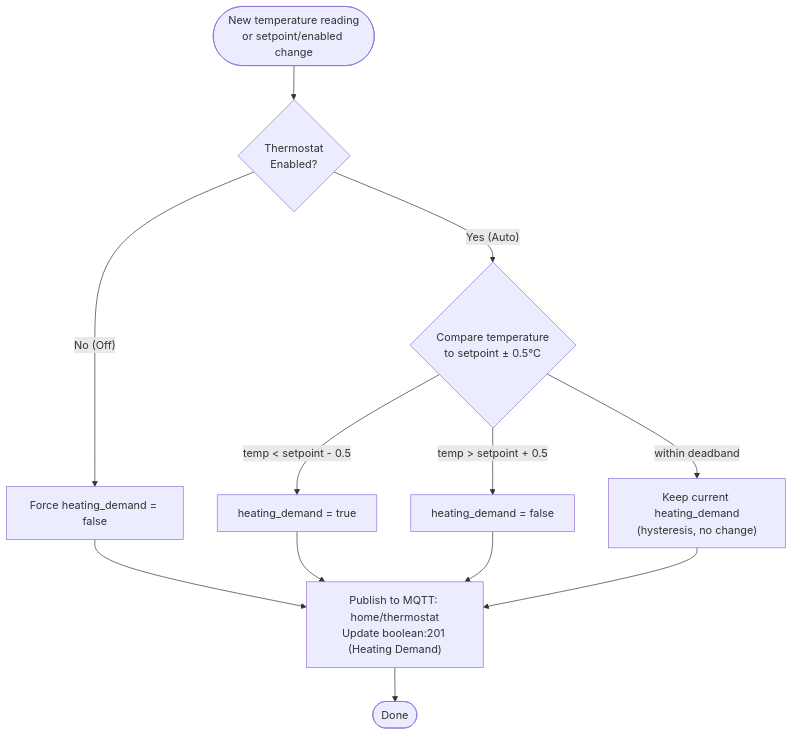
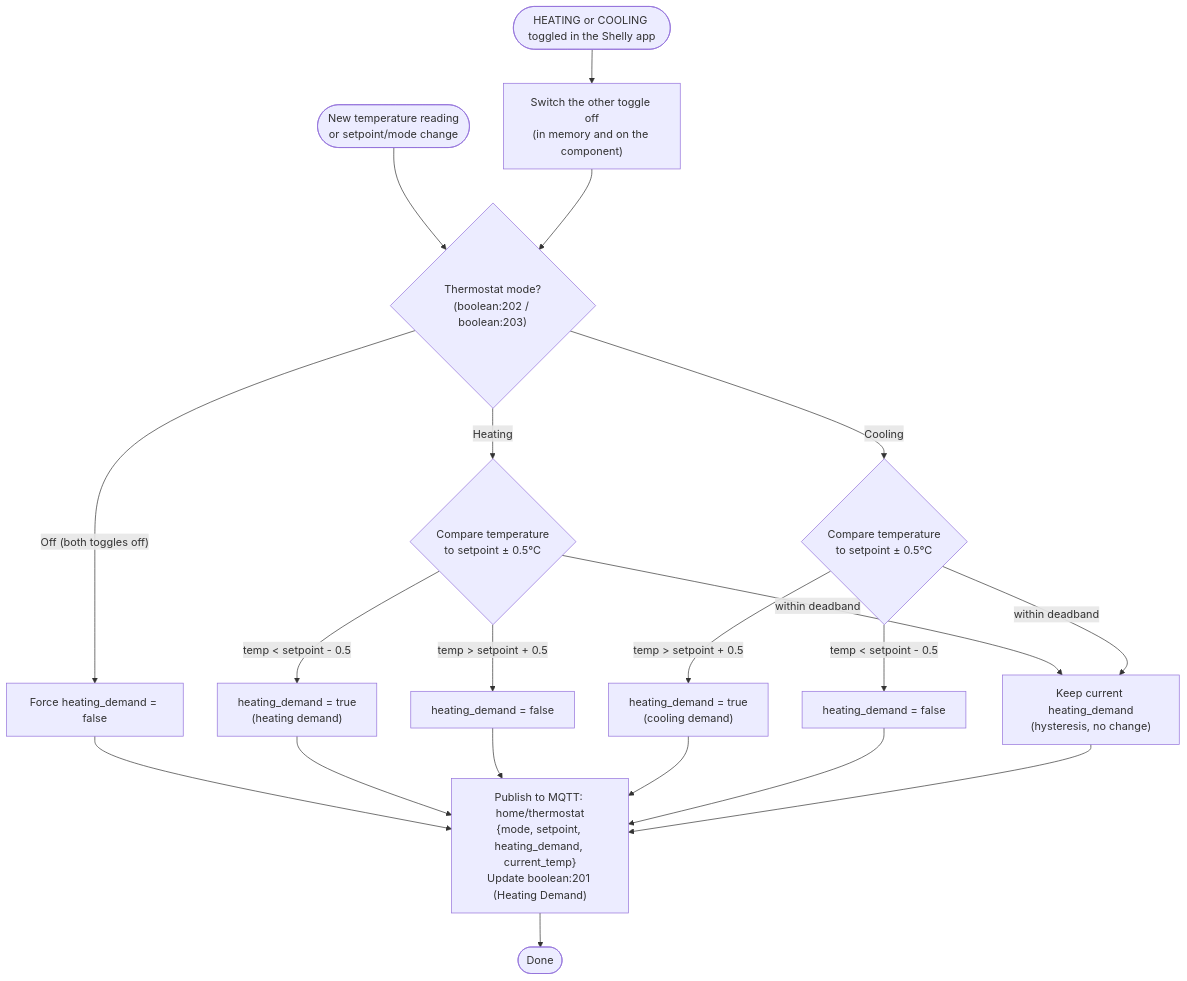
The diagram in diagrams/thermostat-logic.mmd (al3xasenovv-embedded/shelly-smart-home-system), drawn with Mermaid before and after one commit. The commit also changed 17 other files, not shown here.

```diff
--- a/diagrams/thermostat-logic.mmd
+++ b/diagrams/thermostat-logic.mmd
@@ -1,17 +1,27 @@
 flowchart TD
-Start(["New temperature reading<br/>or setpoint/enabled change"]) --> CheckEnabled{"Thermostat<br/>Enabled?"}
+Start(["New temperature reading<br/>or setpoint/mode change"]) --> CheckMode{"Thermostat mode?<br/>(boolean:202 / boolean:203)"}
 
-CheckEnabled -- "No (Off)" --> ForceOff["Force heating_demand = false"]
+CheckMode -- "Off (both toggles off)" --> ForceOff["Force heating_demand = false"]
 ForceOff --> Publish
 
-CheckEnabled -- "Yes (Auto)" --> CheckTemp{"Compare temperature<br/>to setpoint ± 0.5°C"}
+CheckMode -- "Heating" --> HeatCmp{"Compare temperature<br/>to setpoint ± 0.5°C"}
+CheckMode -- "Cooling" --> CoolCmp{"Compare temperature<br/>to setpoint ± 0.5°C"}
 
-CheckTemp -- "temp < setpoint - 0.5" --> TurnOn["heating_demand = true"]
-CheckTemp -- "temp > setpoint + 0.5" --> TurnOff["heating_demand = false"]
-CheckTemp -- "within deadband" --> Keep["Keep current heating_demand<br/>(hysteresis, no change)"]
+HeatCmp -- "temp < setpoint - 0.5" --> HeatOn["heating_demand = true<br/>(heating demand)"]
+HeatCmp -- "temp > setpoint + 0.5" --> HeatOff["heating_demand = false"]
+HeatCmp -- "within deadband" --> Keep["Keep current heating_demand<br/>(hysteresis, no change)"]
 
-TurnOn --> Publish
-TurnOff --> Publish
+CoolCmp -- "temp > setpoint + 0.5" --> CoolOn["heating_demand = true<br/>(cooling demand)"]
+CoolCmp -- "temp < setpoint - 0.5" --> CoolOff["heating_demand = false"]
+CoolCmp -- "within deadband" --> Keep
+
+HeatOn --> Publish
+HeatOff --> Publish
+CoolOn --> Publish
+CoolOff --> Publish
 Keep --> Publish
 
-Publish["Publish to MQTT: home/thermostat<br/>Update boolean:201 (Heating Demand)"] --> End(["Done"])
+Publish["Publish to MQTT: home/thermostat<br/>{mode, setpoint, heating_demand, current_temp}<br/>Update boolean:201 (Heating Demand)"] --> End(["Done"])
+
+ModeSwitch(["HEATING or COOLING toggled in the Shelly app"]) --> Exclusive["Switch the other toggle off<br/>(in memory and on the component)"]
+Exclusive --> CheckMode
```
